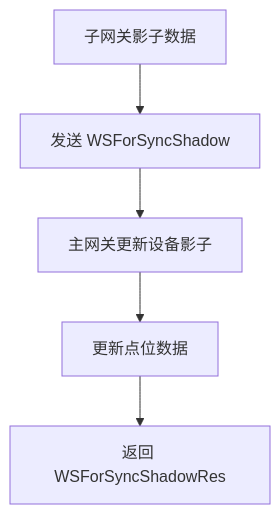
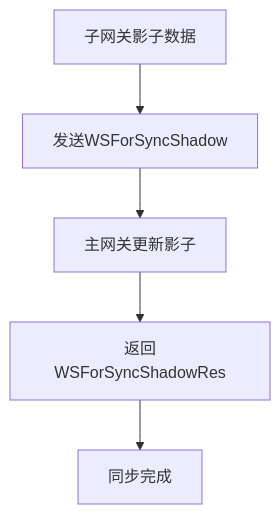
Before and after one commit to ibuilding-X/driver-box: the fifth of 11 diagrams in pages/src/content/docs/exports/gateway.mdx, drawn with Mermaid. The commit also changed other lines of this file and 6 other files, not shown here.

````diff
--- a/pages/src/content/docs/exports/gateway.mdx
+++ b/pages/src/content/docs/exports/gateway.mdx
@@ -128,7 +209,7 @@
 ```mermaid
 graph TD
-    A[子网关影子数据] --> B[发送 WSForSyncShadow]
-    B --> C[主网关更新设备影子]
-    C --> D[更新点位数据]
-    D --> E[返回 WSForSyncShadowRes]
+    A[子网关影子数据] --> B[发送WSForSyncShadow]
+    B --> C[主网关更新影子]
+    C --> D[返回WSForSyncShadowRes]
+    D --> E[同步完成]
 ```
````
